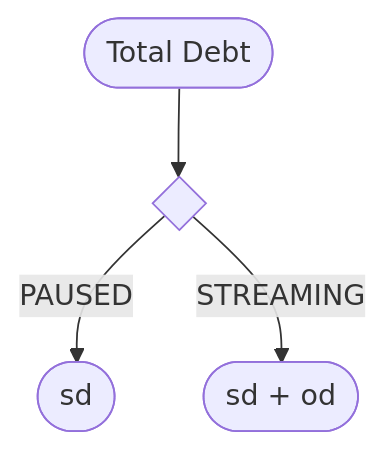
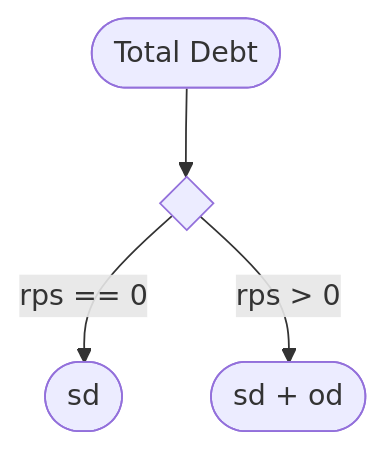
Before and after one commit to sablier-labs/docs: the fifth of 8 diagrams in docs/reference/flow/01-diagrams.md, drawn with Mermaid.

Commit message:
refactor: replace statuses with rps values

````diff
--- a/docs/reference/flow/01-diagrams.md
+++ b/docs/reference/flow/01-diagrams.md
@@ -128,11 +128,11 @@
 ```mermaid
 flowchart TD
 rca([Total Debt])
 di0{ }
 res_00([sd ])
 res_01(["sd + od"])
 
 rca --> di0
-di0 -- "PAUSED" --> res_00
-di0 -- "STREAMING" --> res_01
+di0 -- "rps == 0" --> res_00
+di0 -- "rps > 0" --> res_01
 ```
````
